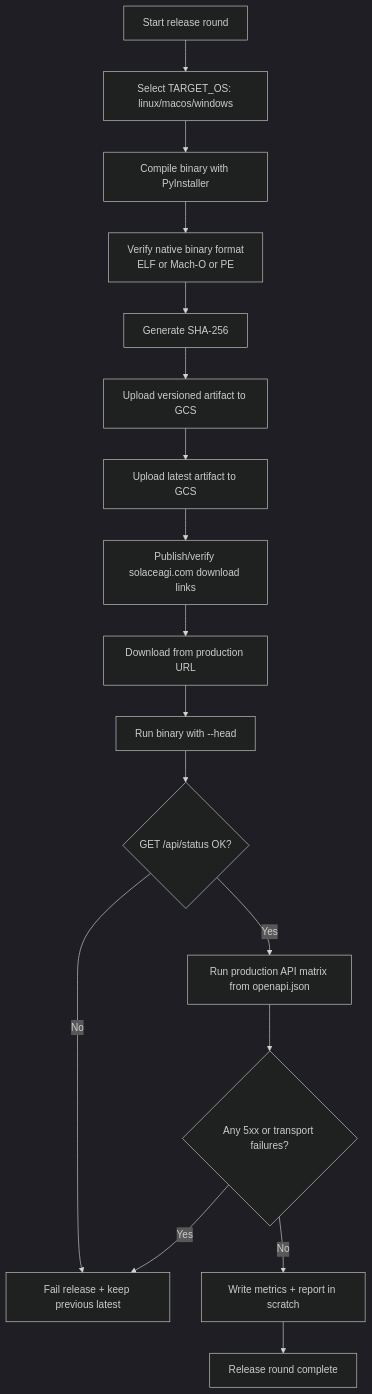
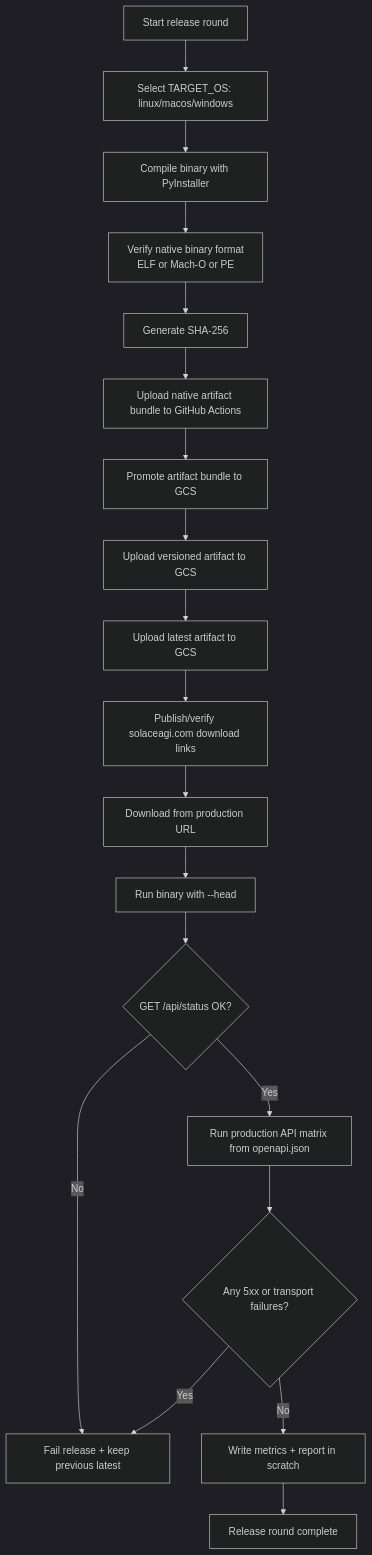
One commit to phuctruong/solace-browser changed the diagram in src/diagrams/19-browser-release-loop.md. Above: the diagram before and after it, drawn with Mermaid (dark theme). The commit also changed 4 other files, not shown here.

Commit message:
Decouple native CI build from GCS promotion

````diff
--- a/src/diagrams/19-browser-release-loop.md
+++ b/src/diagrams/19-browser-release-loop.md
@@ -3,19 +3,21 @@
 ```mermaid
 flowchart TD
     START[Start release round] --> TARGET[Select TARGET_OS: linux/macos/windows]
     TARGET --> BUILD[Compile binary with PyInstaller]
     BUILD --> TYPE[Verify native binary format<br/>ELF or Mach-O or PE]
     TYPE --> HASH[Generate SHA-256]
-    HASH --> UP_V[Upload versioned artifact to GCS]
+    HASH --> CIART[Upload native artifact bundle to GitHub Actions]
+    CIART --> PROMOTE[Promote artifact bundle to GCS]
+    PROMOTE --> UP_V[Upload versioned artifact to GCS]
     UP_V --> UP_L[Upload latest artifact to GCS]
     UP_L --> LINK[Publish/verify solaceagi.com download links]
     LINK --> DL[Download from production URL]
     DL --> SMOKE[Run binary with --head]
     SMOKE --> STATUS{GET /api/status OK?}
     STATUS -->|No| FAIL[Fail release + keep previous latest]
     STATUS -->|Yes| MATRIX[Run production API matrix from openapi.json]
     MATRIX --> API_OK{Any 5xx or transport failures?}
     API_OK -->|Yes| FAIL
     API_OK -->|No| REPORT[Write metrics + report in scratch]
     REPORT --> DONE[Release round complete]
 ```
````
